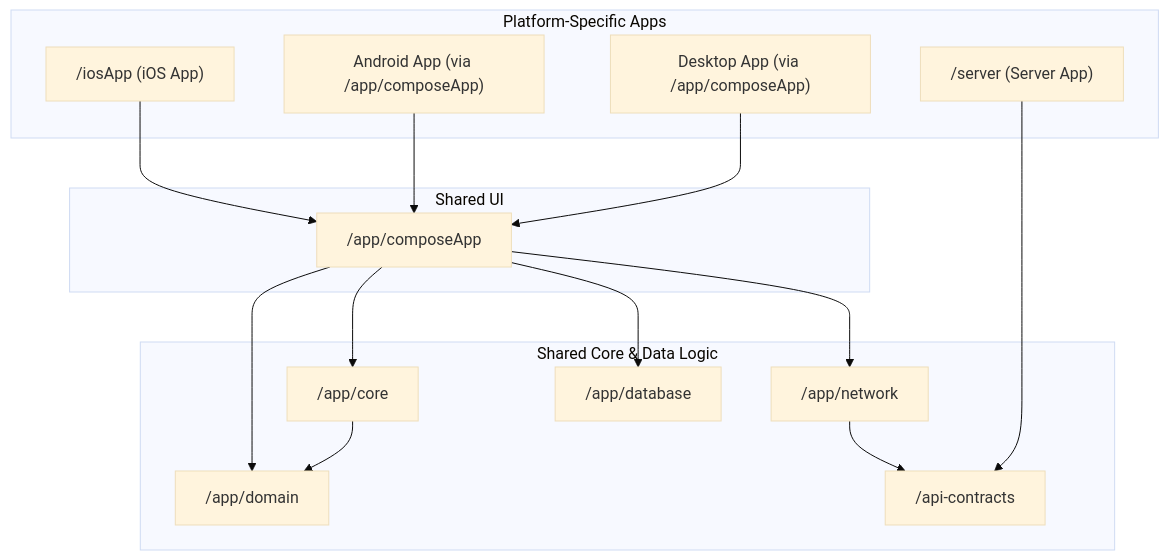
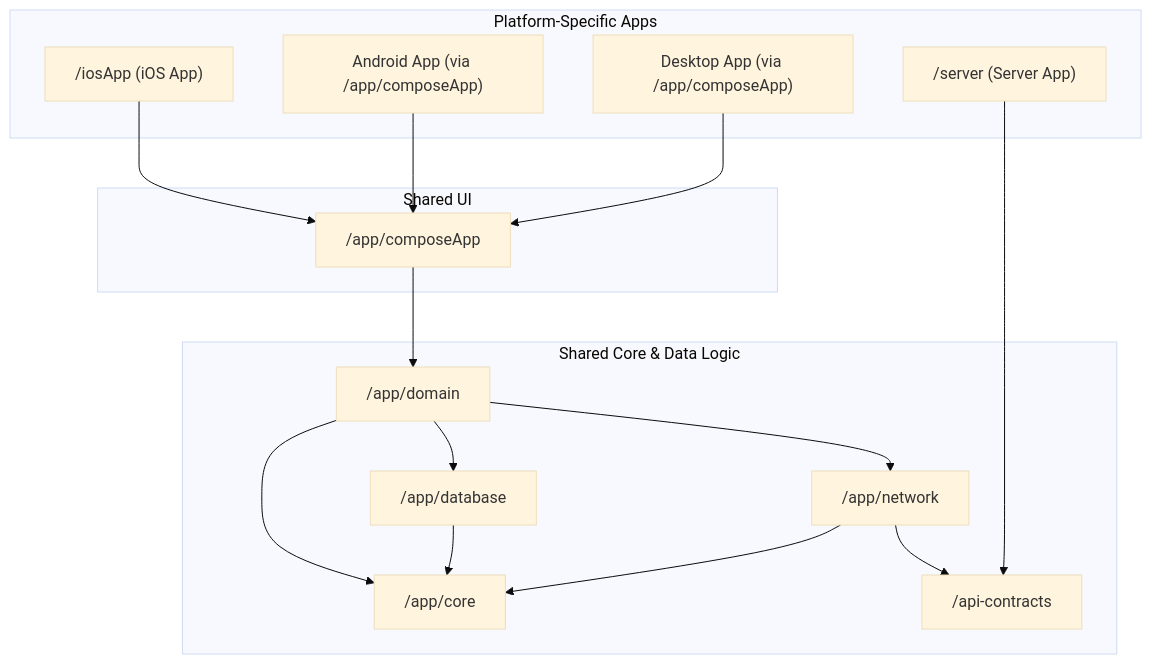
Before and after one commit to GautierLouis/Sample-Compose-Multiplatform: the diagram in README.md, drawn with Mermaid (base theme).

````diff
--- a/README.md
+++ b/README.md
@@ -11,37 +11,38 @@
 ```mermaid
 graph TD
     subgraph "Platform-Specific Apps"
         A1["/iosApp (iOS App)"]
         A2["Android App (via /app/composeApp)"]
         A3["Desktop App (via /app/composeApp)"]
         S["/server (Server App)"]
     end
 
     subgraph "Shared UI"
         UI["/app/composeApp"]
     end
 
     subgraph "Shared Core & Data Logic"
         C["/app/core"]
         D["/app/domain"]
         N["/app/network"]
         DB["/app/database"]
         AC["/api-contracts"]
     end
 
     %% Application Dependencies
     A1 --> UI
     A2 --> UI
     A3 --> UI
 
     %% UI Dependencies
-    UI --> C
     UI --> D
-    UI --> N
-    UI --> DB
 
     %% Core Logic Dependencies
-    C --> D
+    D --> DB
+    D --> N
+    D --> C
+    DB --> C
+    N --> C
     N --> AC
     S --> AC
 ```
````
